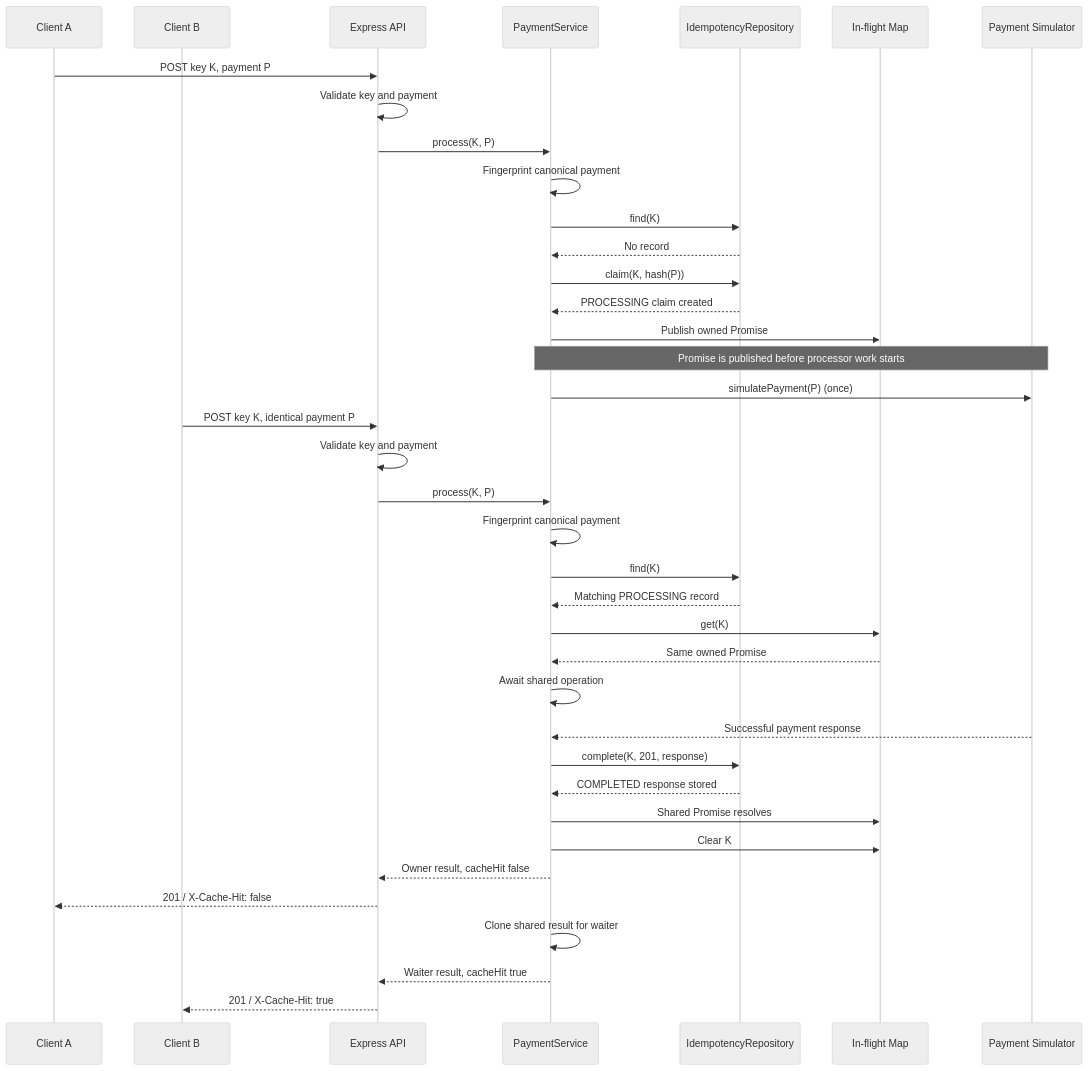
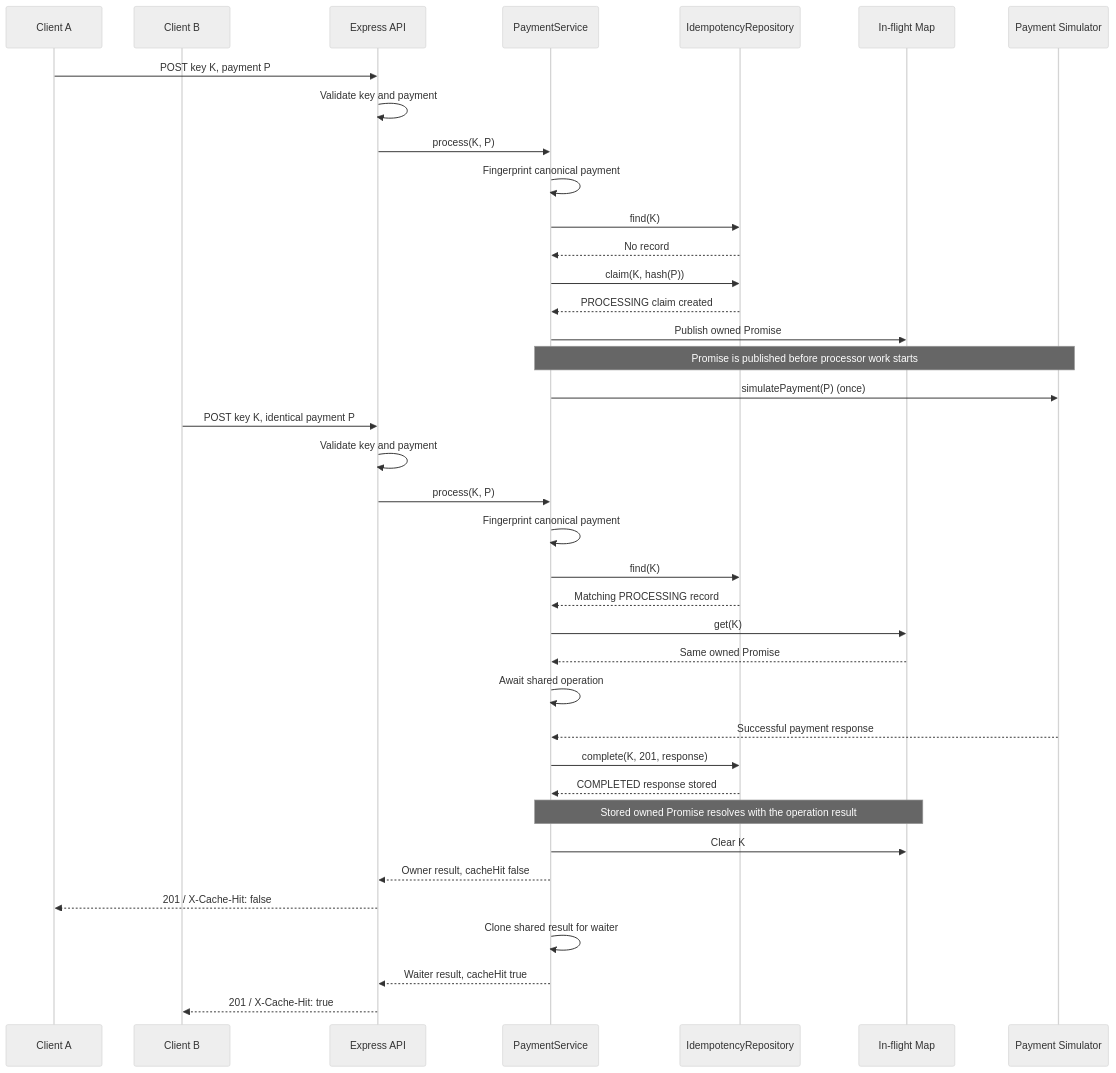
Before and after one commit to amalitechglobaltraining/Idempotency-Gateway: the third of 5 diagrams in docs/sequence-diagrams.md, drawn with Mermaid (neutral theme). The commit also changed other lines of this file, not shown here.

Commit message:
docs: clarify in-flight promise settlement

````diff
--- a/docs/sequence-diagrams.md
+++ b/docs/sequence-diagrams.md
@@ -66,43 +66,43 @@
 ```mermaid
 sequenceDiagram
     participant ClientA as Client A
     participant ClientB as Client B
     participant API as Express API
     participant Service as PaymentService
     participant Repo as IdempotencyRepository
     participant InFlight as In-flight Map
     participant Processor as Payment Simulator
 
     ClientA->>API: POST key K, payment P
     API->>API: Validate key and payment
     API->>Service: process(K, P)
     Service->>Service: Fingerprint canonical payment
     Service->>Repo: find(K)
     Repo-->>Service: No record
     Service->>Repo: claim(K, hash(P))
     Repo-->>Service: PROCESSING claim created
     Service->>InFlight: Publish owned Promise
     Note over Service,Processor: Promise is published before processor work starts
     Service->>Processor: simulatePayment(P) (once)
 
     ClientB->>API: POST key K, identical payment P
     API->>API: Validate key and payment
     API->>Service: process(K, P)
     Service->>Service: Fingerprint canonical payment
     Service->>Repo: find(K)
     Repo-->>Service: Matching PROCESSING record
     Service->>InFlight: get(K)
     InFlight-->>Service: Same owned Promise
     Service->>Service: Await shared operation
 
     Processor-->>Service: Successful payment response
     Service->>Repo: complete(K, 201, response)
     Repo-->>Service: COMPLETED response stored
-    Service->>InFlight: Shared Promise resolves
+    Note over Service,InFlight: Stored owned Promise resolves with the operation result
     Service->>InFlight: Clear K
     Service-->>API: Owner result, cacheHit false
     API-->>ClientA: 201 / X-Cache-Hit: false
     Service->>Service: Clone shared result for waiter
     Service-->>API: Waiter result, cacheHit true
     API-->>ClientB: 201 / X-Cache-Hit: true
 ```
````
